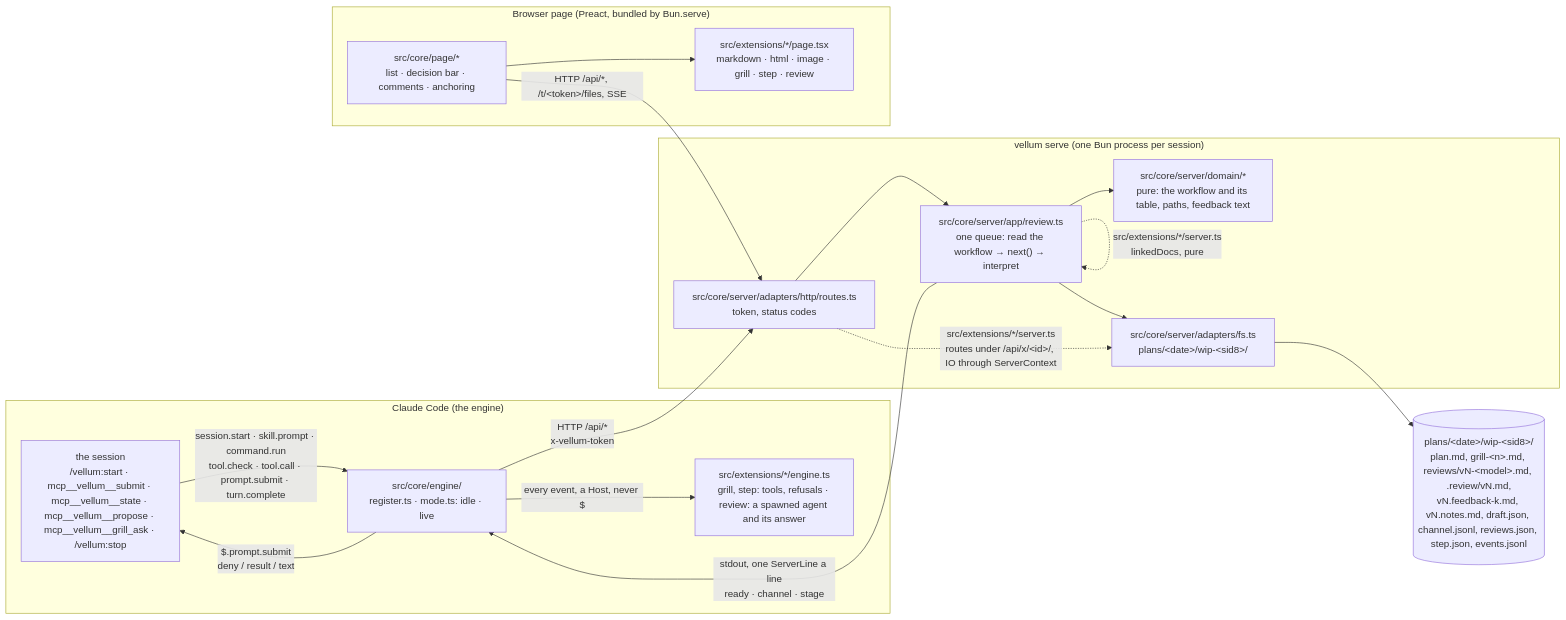
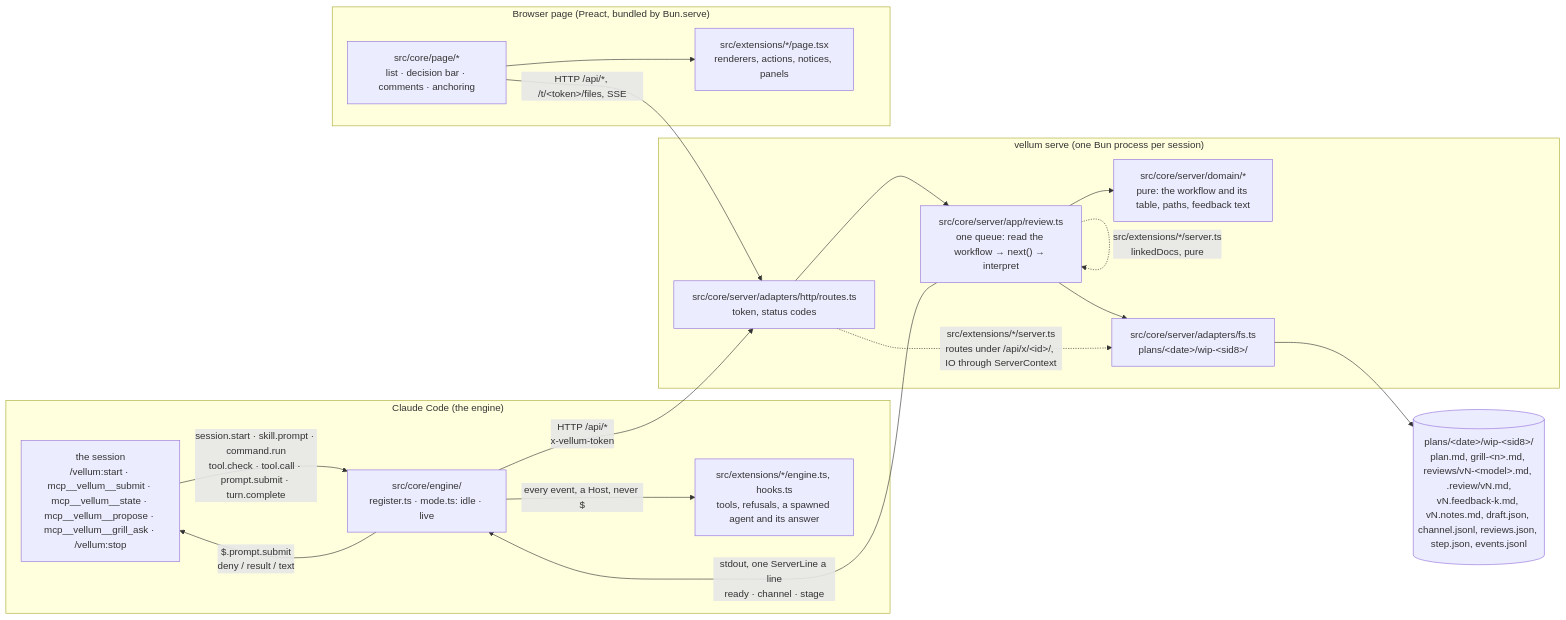
One commit to bengous/claude-code-plugins changed the first of 6 diagrams in vellum/docs/architecture.md. Above: the diagram before and after it, drawn with Mermaid. The commit also changed other lines of this file and 4 other files, not shown here.

````diff
--- a/vellum/docs/architecture.md
+++ b/vellum/docs/architecture.md
@@ -11,31 +11,31 @@
 ```mermaid
 flowchart LR
   subgraph engine["Claude Code (the engine)"]
     CC["the session<br/>/vellum:start · mcp__vellum__submit · mcp__vellum__state · mcp__vellum__propose · mcp__vellum__grill_ask · /vellum:stop"]
     M["src/core/engine/<br/>register.ts · mode.ts: idle · live"]
-    E["src/extensions/*/engine.ts<br/>grill, step: tools, refusals · review: a spawned agent and its answer"]
+    E["src/extensions/*/engine.ts, hooks.ts<br/>tools, refusals, a spawned agent and its answer"]
     CC -- "session.start · skill.prompt · command.run<br/>tool.check · tool.call · prompt.submit · turn.complete" --> M
     M -- "$.prompt.submit<br/>deny / result / text" --> CC
     M -- "every event, a Host, never $" --> E
   end
   subgraph server["vellum serve (one Bun process per session)"]
     R["src/core/server/adapters/http/routes.ts<br/>token, status codes"]
     A["src/core/server/app/review.ts<br/>one queue: read the workflow → next() → interpret"]
     T["src/core/server/domain/*<br/>pure: the workflow and its table, paths, feedback text"]
     W["src/core/server/adapters/fs.ts<br/>plans/&lt;date&gt;/wip-&lt;sid8&gt;/"]
     R --> A --> T
     A --> W
   end
   subgraph page["Browser page (Preact, bundled by Bun.serve)"]
     U["src/core/page/*<br/>list · decision bar · comments · anchoring"]
-    P["src/extensions/*/page.tsx<br/>markdown · html · image · grill · step · review"]
+    P["src/extensions/*/page.tsx<br/>renderers, actions, notices, panels"]
     U --> P
   end
   M -- "HTTP /api/*<br/>x-vellum-token" --> R
   A -- "stdout, one ServerLine a line<br/>ready · channel · stage" --> M
   U -- "HTTP /api/*, /t/&lt;token&gt;/files, SSE" --> R
   A -. "src/extensions/*/server.ts<br/>linkedDocs, pure" .-> A
   R -. "src/extensions/*/server.ts<br/>routes under /api/x/&lt;id&gt;/, IO through ServerContext" .-> W
   F[("plans/&lt;date&gt;/wip-&lt;sid8&gt;/<br/>plan.md, grill-&lt;n&gt;.md, reviews/vN-&lt;model&gt;.md, .review/vN.md,<br/>vN.feedback-k.md, vN.notes.md, draft.json, channel.jsonl, reviews.json, step.json, events.jsonl")]
   W --> F
 ```
````
